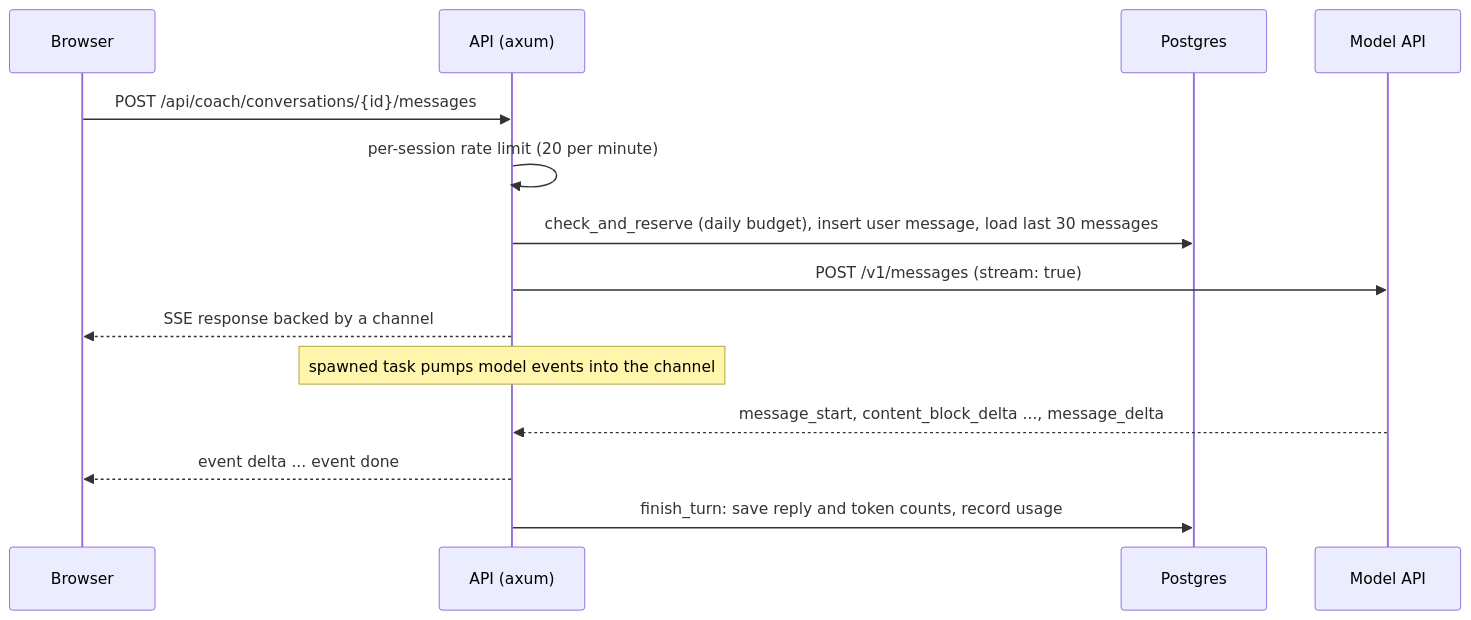
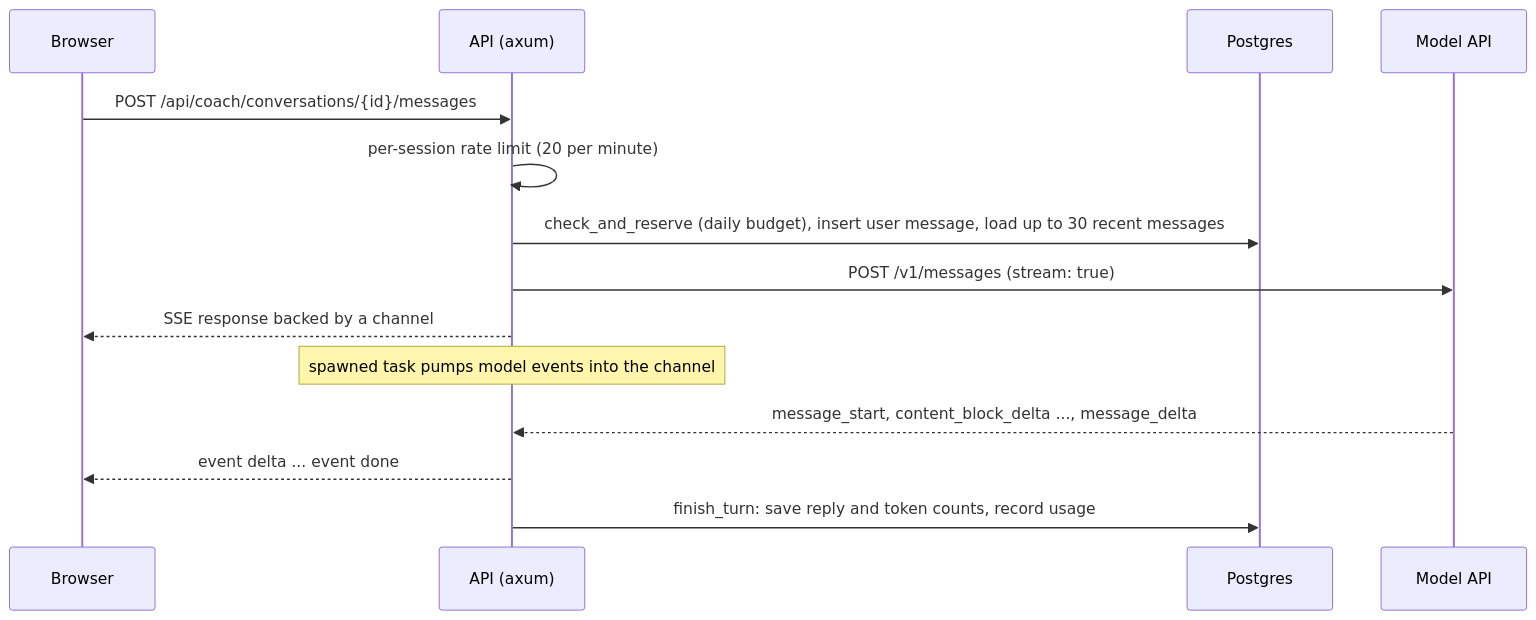
Before and after one commit to thull32/ascend: the diagram in content/tracks/11-ai-and-llms/03-building-with-llms/07-llm-system-design.md, drawn with Mermaid. The commit also changed other lines of this file and 350 other files, not shown here.

````diff
--- a/content/tracks/11-ai-and-llms/03-building-with-llms/07-llm-system-design.md
+++ b/content/tracks/11-ai-and-llms/03-building-with-llms/07-llm-system-design.md
@@ -39,16 +39,16 @@
 ```mermaid
 sequenceDiagram
   participant B as Browser
   participant A as API (axum)
   participant D as Postgres
   participant M as Model API
   B->>A: POST /api/coach/conversations/{id}/messages
   A->>A: per-session rate limit (20 per minute)
-  A->>D: check_and_reserve (daily budget), insert user message, load last 30 messages
+  A->>D: check_and_reserve (daily budget), insert user message, load up to 30 recent messages
   A->>M: POST /v1/messages (stream: true)
   A-->>B: SSE response backed by a channel
   Note over A: spawned task pumps model events into the channel
   M-->>A: message_start, content_block_delta ..., message_delta
   A-->>B: event delta ... event done
   A->>D: finish_turn: save reply and token counts, record usage
 ```
````
